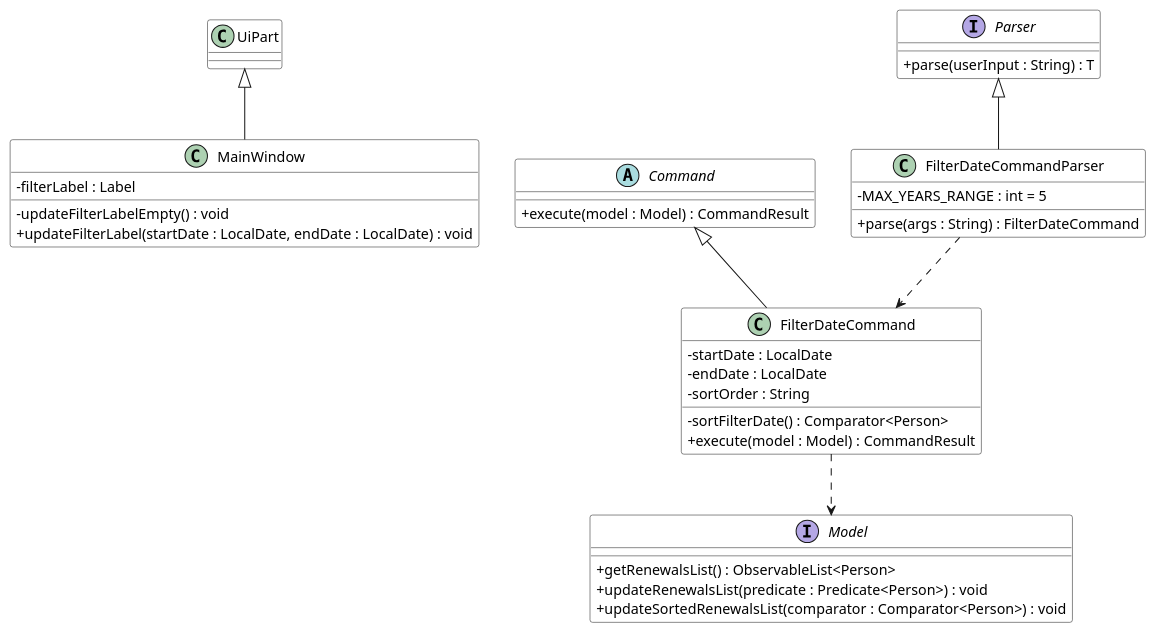
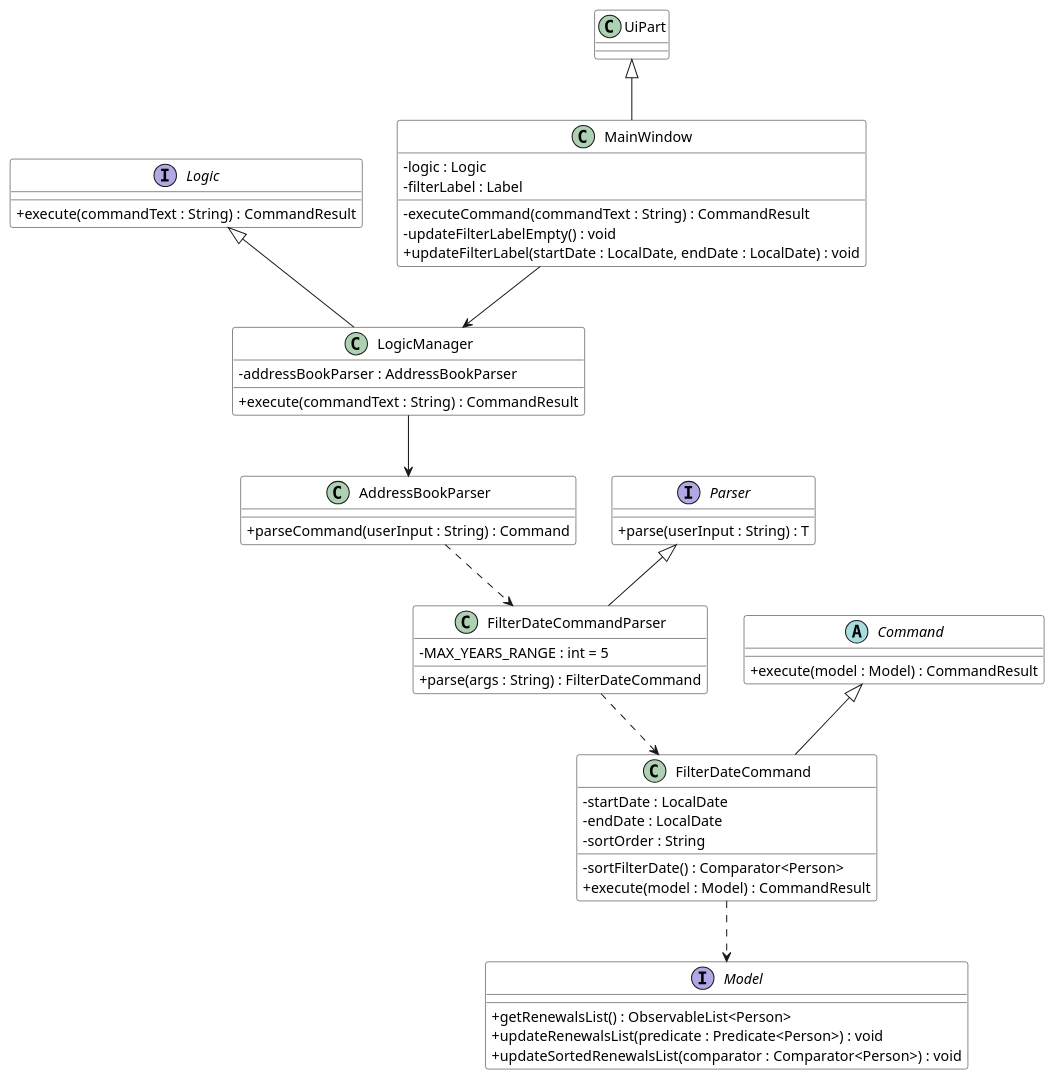
The diagram in docs/diagrams/FilterDateCommandClassDiagram.puml (nathtiekk/tp), drawn with PlantUML before and after one commit. The commit also changed 1 other file, not shown here.

Commit message:
Add FilterDateCommandSequenceDiagram

```diff
--- a/docs/diagrams/FilterDateCommandClassDiagram.puml
+++ b/docs/diagrams/FilterDateCommandClassDiagram.puml
@@ -1,46 +1,67 @@
 @startuml
 skinparam classAttributeIconSize 0
 skinparam classBackgroundColor LOGIC_COLOR
 
 class FilterDateCommand {
     - startDate : LocalDate
     - endDate : LocalDate
     - sortOrder : String
 
     - sortFilterDate() : Comparator<Person>
     + execute(model : Model) : CommandResult
 }
 
 class FilterDateCommandParser {
     - MAX_YEARS_RANGE : int = 5
 
     + parse(args : String) : FilterDateCommand
 }
 
 interface Parser {
     + parse(userInput : String) : T
 }
 
 abstract class Command {
     + execute(model : Model) : CommandResult
 }
 
 interface Model {
     + getRenewalsList() : ObservableList<Person>
     + updateRenewalsList(predicate : Predicate<Person>) : void
     + updateSortedRenewalsList(comparator : Comparator<Person>) : void
 }
 
 class MainWindow {
+    - logic : Logic
     - filterLabel : Label
 
+    - executeCommand(commandText : String) : CommandResult
     - updateFilterLabelEmpty() : void
     + updateFilterLabel(startDate : LocalDate, endDate : LocalDate) : void
+}
+
+interface Logic {
+    + execute(commandText : String) : CommandResult
+}
+
+class LogicManager {
+    - addressBookParser : AddressBookParser
+
+    + execute(commandText : String) : CommandResult
+}
+
+class AddressBookParser {
+     + parseCommand(userInput : String) : Command
 }
 
 FilterDateCommandParser -up-|> Parser
 FilterDateCommand -up-|> Command
 FilterDateCommandParser ..> FilterDateCommand
 FilterDateCommand ..> Model
 MainWindow -up-|> UiPart
+LogicManager -up-|> Logic
+MainWindow --> LogicManager
+LogicManager --> AddressBookParser
+AddressBookParser ..> FilterDateCommandParser
+
 @enduml
```
